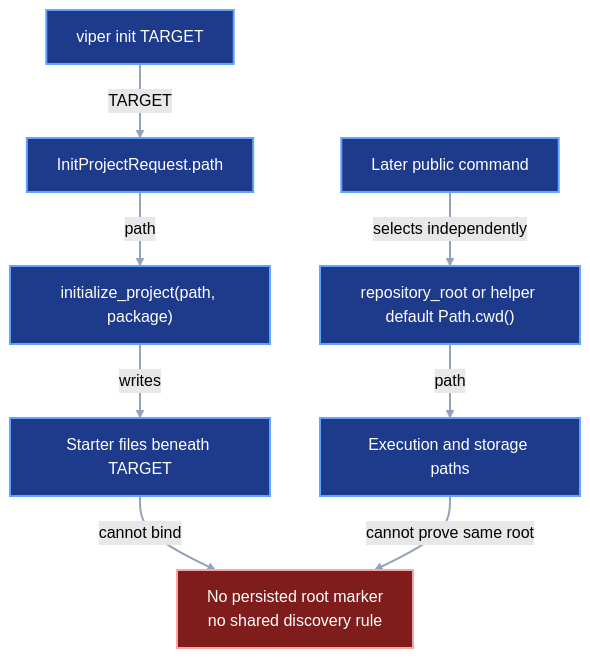
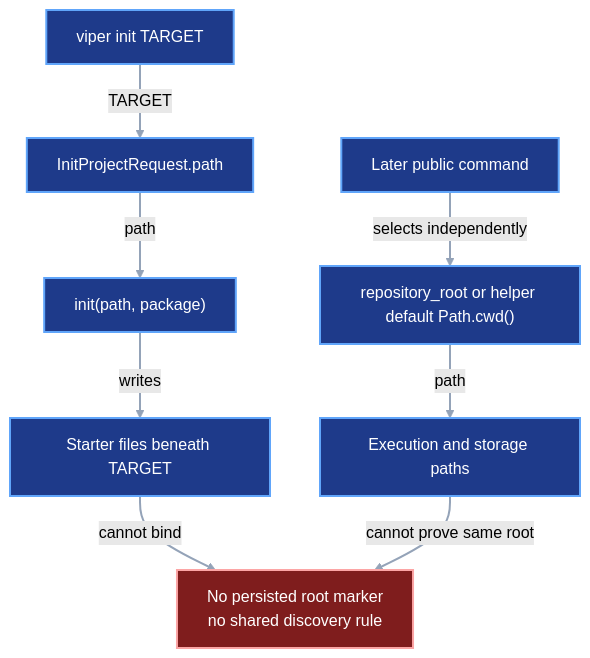
The first of 3 diagrams in docs/development/project-data-root.md (pvd232/viper), drawn with Mermaid (forest theme) before and after one commit. The commit also changed other lines of this file and 10 other files, not shown here.

````diff
--- a/docs/development/project-data-root.md
+++ b/docs/development/project-data-root.md
@@ -83,26 +83,26 @@
 ```mermaid
 flowchart TD
     Init["viper init TARGET"]
     Request["InitProjectRequest.path"]
-    Scaffold["initialize_project(path, package)"]
+    Scaffold["init(path, package)"]
     Files["Starter files beneath TARGET"]
     Command["Later public command"]
     Choice["repository_root or helper default Path.cwd()"]
     Runtime["Execution and storage paths"]
     Gap["No persisted root marker<br/>no shared discovery rule"]
 
     Init -->|"TARGET"| Request
     Request -->|"path"| Scaffold
     Scaffold -->|"writes"| Files
     Command -->|"selects independently"| Choice
     Choice -->|"path"| Runtime
     Files -->|"cannot bind"| Gap
     Runtime -->|"cannot prove same root"| Gap
 
     class Init,Request,Scaffold,Files current
     class Command,Choice,Runtime current
     class Gap gap
     classDef current fill:#1e3a8a,stroke:#60a5fa,color:#ffffff,stroke-width:2px
     classDef gap fill:#7f1d1d,stroke:#fca5a5,color:#ffffff,stroke-width:2px
     linkStyle default stroke:#94a3b8,stroke-width:2px
 ```
````
